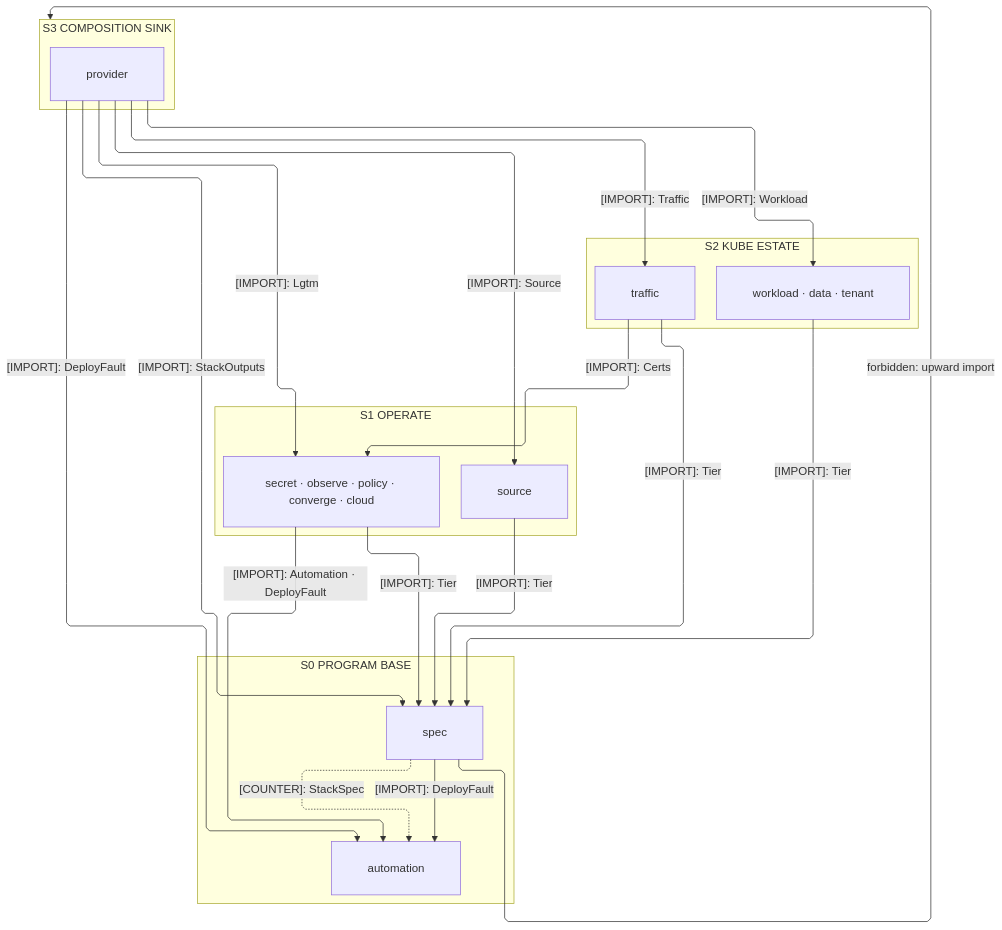
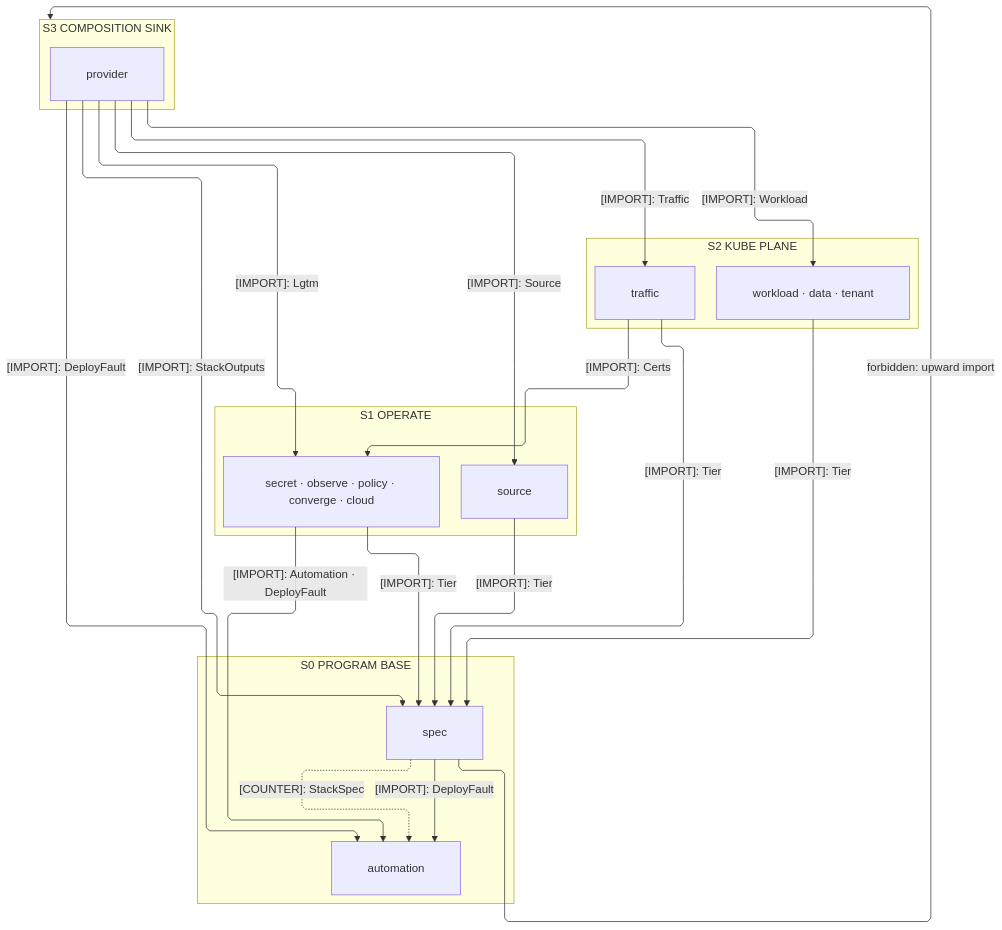
Before and after one commit to bsamiee/Rasm: the first of 3 diagrams in libs/typescript/iac/ARCHITECTURE.md, drawn with Mermaid. The commit also changed other lines of this file and 1997 other files, not shown here.

````diff
--- a/libs/typescript/iac/ARCHITECTURE.md
+++ b/libs/typescript/iac/ARCHITECTURE.md
@@ -35,42 +35,42 @@
 ```mermaid
 ---
 config:
   layout: elk
   flowchart:
     curve: linear
     padding: 25
 ---
 flowchart TB
     accTitle: Iac interior import strata
-    accDescr: How the provider sink, kube estate, and operate plane rank onto the spec-automation co-base, the StackSpec counter-edge a caller value.
+    accDescr: How the provider sink, kube plane, and operate plane rank onto the spec-automation co-base, the StackSpec counter-edge a caller value.
     subgraph S3["S3 COMPOSITION SINK"]
         Provider[provider]
     end
-    subgraph S2["S2 KUBE ESTATE"]
+    subgraph S2["S2 KUBE PLANE"]
         Kube["workload · data · tenant"]
         Traffic[traffic]
     end
     subgraph S1["S1 OPERATE"]
         Operate["secret · observe · policy · converge · cloud"]
         Source[source]
     end
     subgraph S0["S0 PROGRAM BASE"]
         Spec[spec]
         Automation[automation]
     end
     Spec e1@-->|"[IMPORT]: DeployFault"| Automation
     Spec e2@-.->|"[COUNTER]: StackSpec"| Automation
     Operate e3@-->|"[IMPORT]: Tier"| Spec
     Operate e4@-->|"[IMPORT]: Automation · DeployFault"| Automation
     Source e5@-->|"[IMPORT]: Tier"| Spec
     Kube e6@-->|"[IMPORT]: Tier"| Spec
     Traffic e7@-->|"[IMPORT]: Tier"| Spec
     Traffic e8@-->|"[IMPORT]: Certs"| Operate
     Provider e9@-->|"[IMPORT]: StackOutputs"| Spec
     Provider e10@-->|"[IMPORT]: DeployFault"| Automation
     Provider e11@-->|"[IMPORT]: Workload"| Kube
     Provider e12@-->|"[IMPORT]: Traffic"| Traffic
     Provider e13@-->|"[IMPORT]: Lgtm"| Operate
     Provider e14@-->|"[IMPORT]: Source"| Source
     Spec f1@-->|"forbidden: upward import"| S3
 ```
````
